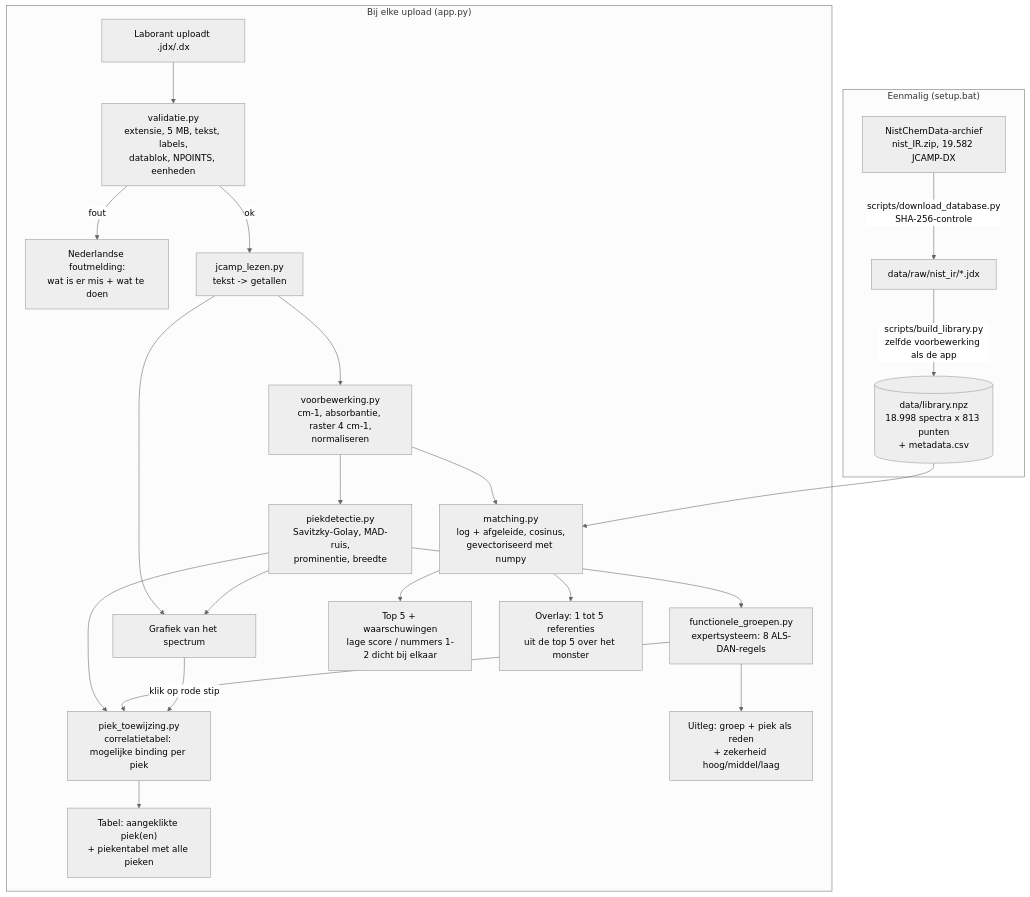
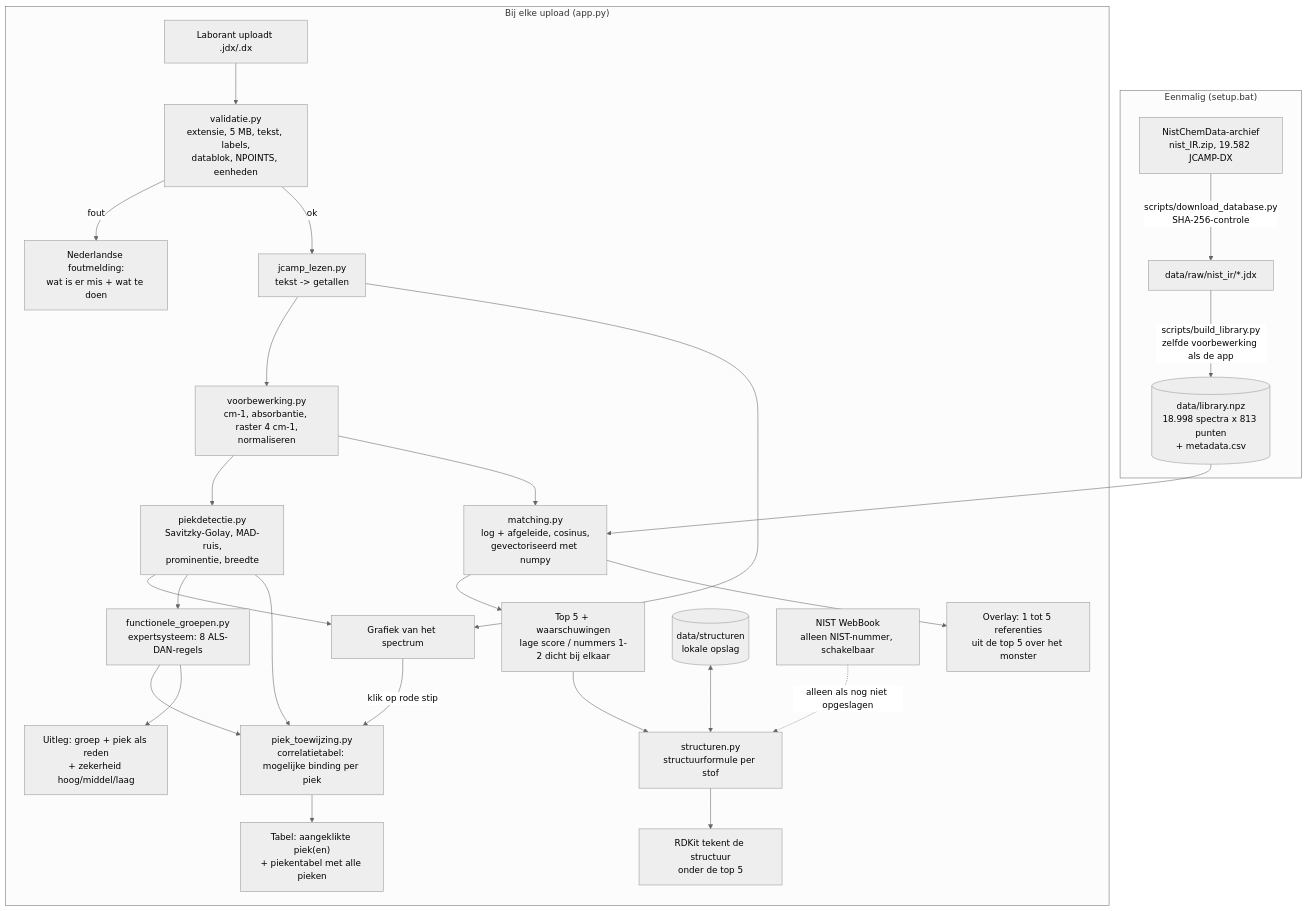
The diagram in docs/ontwerp.md (Noahkloos/ir-stofherkenner), drawn with Mermaid (neutral theme) before and after one commit. The commit also changed other lines of this file and 8 other files, not shown here.

````diff
--- a/docs/ontwerp.md
+++ b/docs/ontwerp.md
@@ -14,27 +14,31 @@
 ```mermaid
 flowchart TD
     subgraph Eenmalig["Eenmalig (setup.bat)"]
         A[NistChemData-archief<br/>nist_IR.zip, 19.582 JCAMP-DX] -->|scripts/download_database.py<br/>SHA-256-controle| B[data/raw/nist_ir/*.jdx]
         B -->|scripts/build_library.py<br/>zelfde voorbewerking als de app| C[(data/library.npz<br/>18.998 spectra x 813 punten<br/>+ metadata.csv)]
     end
 
     subgraph App["Bij elke upload (app.py)"]
         U[Laborant uploadt .jdx/.dx] --> V[validatie.py<br/>extensie, 5 MB, tekst, labels,<br/>datablok, NPOINTS, eenheden]
         V -->|fout| F[Nederlandse foutmelding:<br/>wat is er mis + wat te doen]
         V -->|ok| L[jcamp_lezen.py<br/>tekst -> getallen]
         L --> P[voorbewerking.py<br/>cm-1, absorbantie, raster 4 cm-1,<br/>normaliseren]
         L --> G1[Grafiek van het spectrum]
         P --> K[piekdetectie.py<br/>Savitzky-Golay, MAD-ruis,<br/>prominentie, breedte]
         K --> G1
         K --> R[functionele_groepen.py<br/>expertsysteem: 8 ALS-DAN-regels]
         K --> PT[piek_toewijzing.py<br/>correlatietabel: mogelijke binding per piek]
         R --> PT
         G1 -->|klik op rode stip| PT
         PT --> TB["Tabel: aangeklikte piek(en)<br/>+ piekentabel met alle pieken"]
         P --> M[matching.py<br/>log + afgeleide, cosinus,<br/>gevectoriseerd met numpy]
         C --> M
         M --> T[Top 5 + waarschuwingen<br/>lage score / nummers 1-2 dicht bij elkaar]
         M --> G2[Overlay: 1 tot 5 referenties<br/>uit de top 5 over het monster]
+        T --> ST[structuren.py<br/>structuurformule per stof]
+        SC[(data/structuren<br/>lokale opslag)] <--> ST
+        NIST[NIST WebBook<br/>alleen NIST-nummer, schakelbaar] -.->|alleen als nog niet opgeslagen| ST
+        ST --> SV[RDKit tekent de structuur<br/>onder de top 5]
         R --> X[Uitleg: groep + piek als reden<br/>+ zekerheid hoog/middel/laag]
     end
 ```
````
